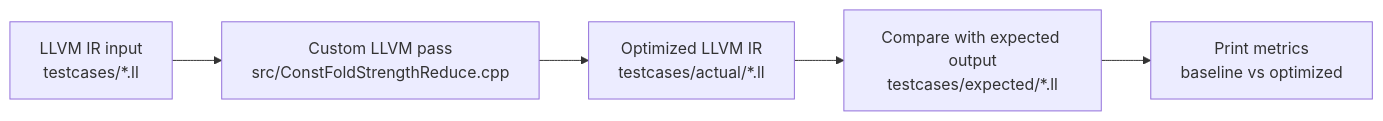
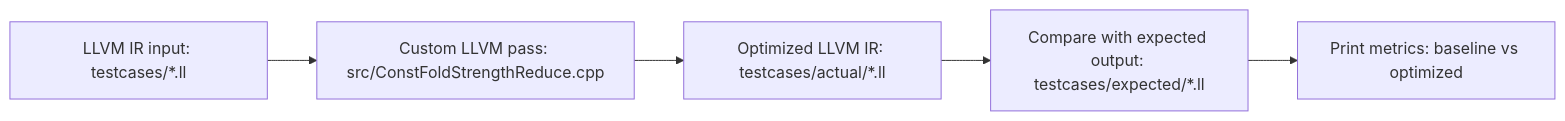
One commit to abhay271/IR-Optimization-Pass changed the diagram in README.md. Above: the diagram before and after it, drawn with Mermaid. The commit also changed other lines of this file and 2 other files, not shown here.

Commit message:
Polish fresh clone documentation

````diff
--- a/README.md
+++ b/README.md
@@ -57,7 +57,7 @@
 ```mermaid
 flowchart LR
-    A["LLVM IR input<br/>testcases/*.ll"] --> B["Custom LLVM pass<br/>src/ConstFoldStrengthReduce.cpp"]
-    B --> C["Optimized LLVM IR<br/>testcases/actual/*.ll"]
-    C --> D["Compare with expected output<br/>testcases/expected/*.ll"]
-    D --> E["Print metrics<br/>baseline vs optimized"]
+    A["LLVM IR input: testcases/*.ll"] --> B["Custom LLVM pass: src/ConstFoldStrengthReduce.cpp"]
+    B --> C["Optimized LLVM IR: testcases/actual/*.ll"]
+    C --> D["Compare with expected output: testcases/expected/*.ll"]
+    D --> E["Print metrics: baseline vs optimized"]
 ```
````
